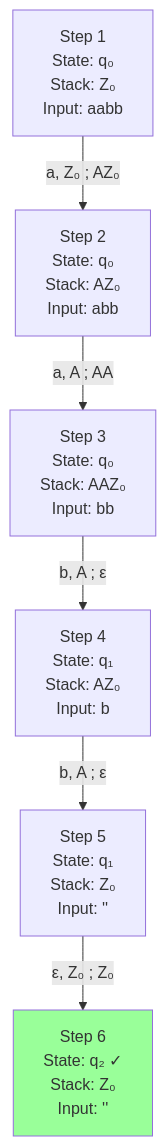
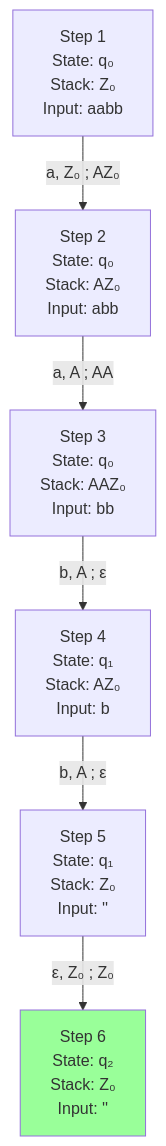
Before and after one commit to Vtheonly/Obsidian_Notes: the eighth of 10 diagrams in Master 1/S2/Complexity and Advanced Algorithms old/old/Course/Chapter 1. Calculability/02 Countability and Pushdown Automata.md, drawn with Mermaid. The commit also changed other lines of this file and 148 other files, not shown here.

````diff
--- a/Master 1/S2/Complexity and Advanced Algorithms old/old/Course/Chapter 1. Calculability/02 Countability and Pushdown Automata.md
+++ b/Master 1/S2/Complexity and Advanced Algorithms old/old/Course/Chapter 1. Calculability/02 Countability and Pushdown Automata.md
@@ -626,17 +626,17 @@
 ```mermaid
 graph TD
     S1["Step 1<br/>State: q₀<br/>Stack: Z₀<br/>Input: aabb"]
     S2["Step 2<br/>State: q₀<br/>Stack: AZ₀<br/>Input: abb"]
     S3["Step 3<br/>State: q₀<br/>Stack: AAZ₀<br/>Input: bb"]
     S4["Step 4<br/>State: q₁<br/>Stack: AZ₀<br/>Input: b"]
     S5["Step 5<br/>State: q₁<br/>Stack: Z₀<br/>Input: ''"]
-    S6["Step 6<br/>State: q₂ ✓<br/>Stack: Z₀<br/>Input: ''"]
+    S6["Step 6<br/>State: q₂ <br/>Stack: Z₀<br/>Input: ''"]
     
     S1 -->|"a, Z₀ ; AZ₀"| S2
     S2 -->|"a, A ; AA"| S3
     S3 -->|"b, A ; ε"| S4
     S4 -->|"b, A ; ε"| S5
     S5 -->|"ε, Z₀ ; Z₀"| S6
     
     style S6 fill:#99ff99
 ```
````
